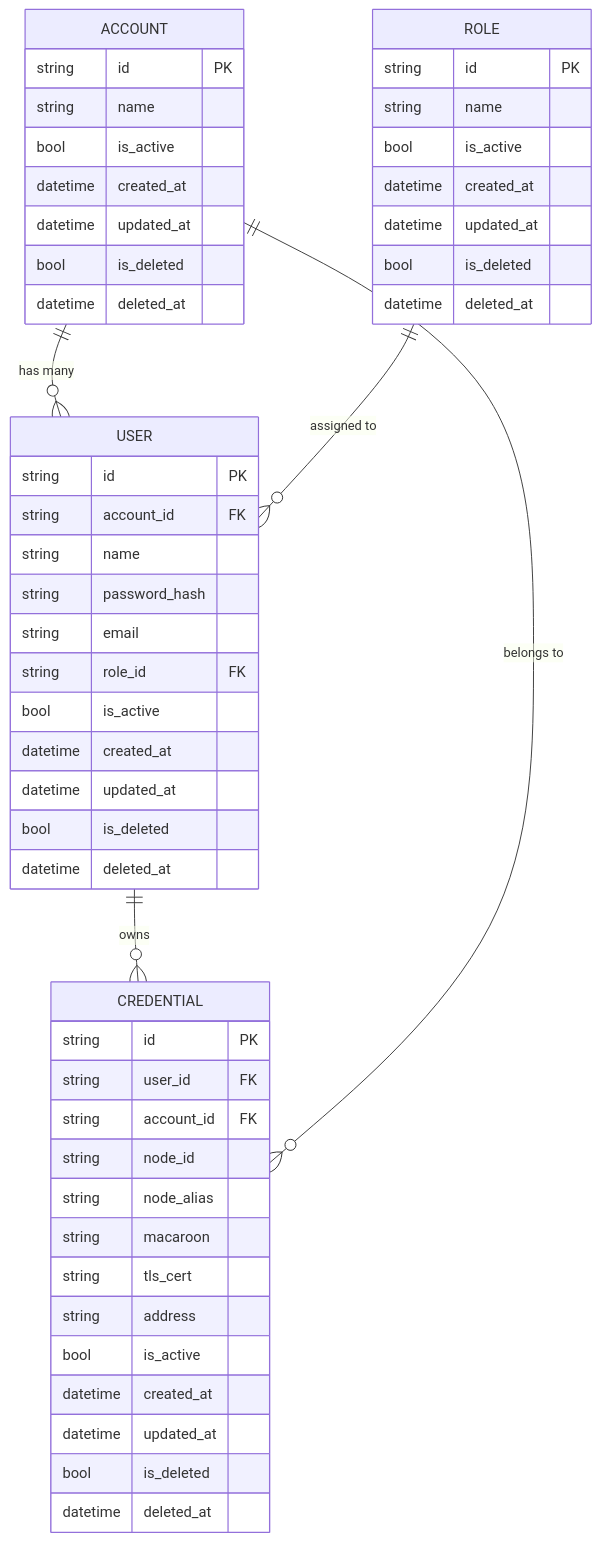
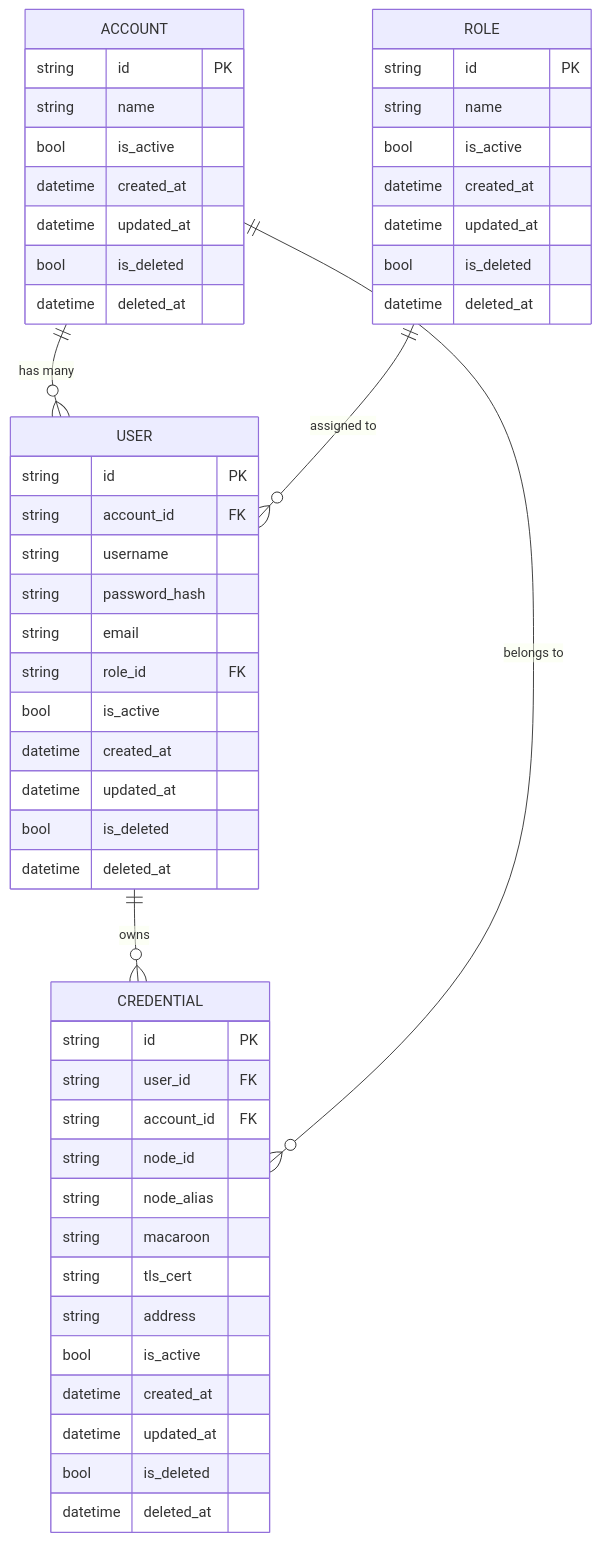
One commit to GideonBature/nodegaze changed the diagram in backend/src/database/docs/database-schema.md. Above: the diagram before and after it, drawn with Mermaid. The commit also changed 55 other files, not shown here.

````diff
--- a/backend/src/database/docs/database-schema.md
+++ b/backend/src/database/docs/database-schema.md
@@ -7,57 +7,57 @@
 ```mermaid
 erDiagram
     ACCOUNT {
         string id PK
         string name
         bool is_active
         datetime created_at
         datetime updated_at
         bool is_deleted
         datetime deleted_at
     }
     
     USER {
         string id PK
         string account_id FK
-        string name
+        string username
         string password_hash
         string email
         string role_id FK
         bool is_active
         datetime created_at
         datetime updated_at
         bool is_deleted
         datetime deleted_at
     }
     
     ROLE {
         string id PK
         string name
         bool is_active
         datetime created_at
         datetime updated_at
         bool is_deleted
         datetime deleted_at
     }
     
     CREDENTIAL {
         string id PK
         string user_id FK
         string account_id FK
         string node_id
         string node_alias
         string macaroon
         string tls_cert
         string address
         bool is_active
         datetime created_at
         datetime updated_at
         bool is_deleted
         datetime deleted_at
     }
     
     ACCOUNT ||--o{ USER : "has many"
     ROLE ||--o{ USER : "assigned to"
     USER ||--o{ CREDENTIAL : "owns"
     ACCOUNT ||--o{ CREDENTIAL : "belongs to"
 ```
````
